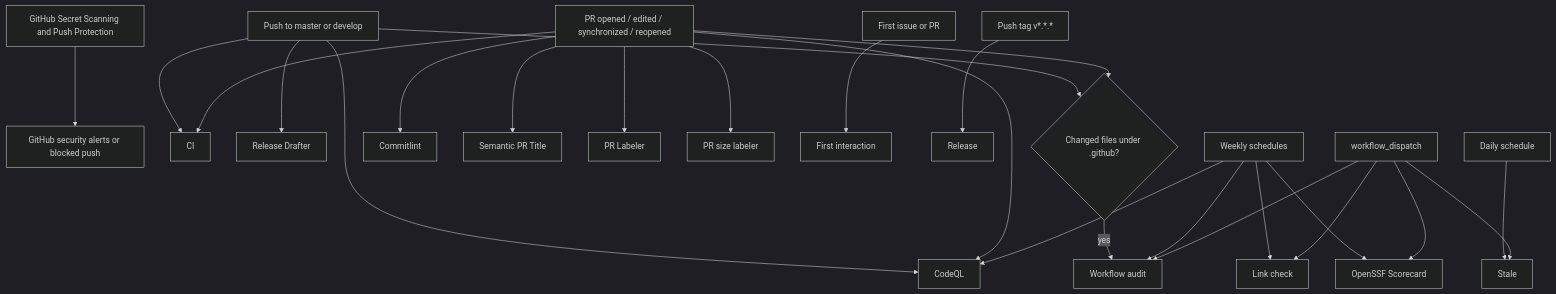
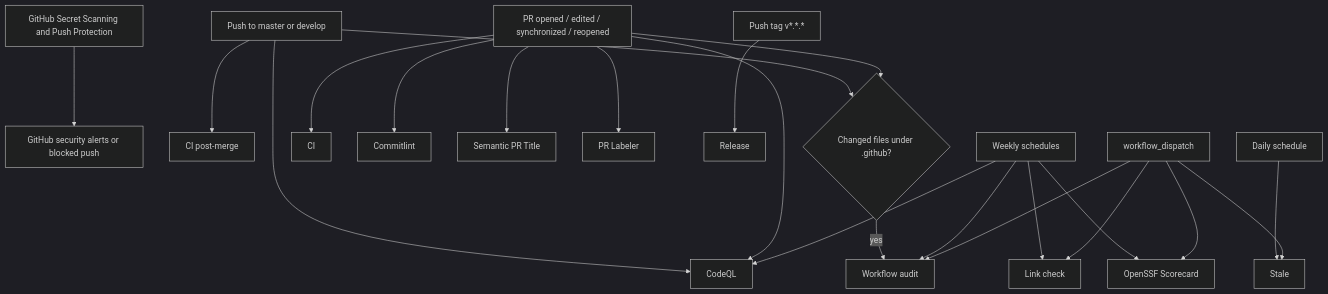
The first of 5 diagrams in WORKFLOWS.md (jooservices/dto), drawn with Mermaid (dark theme) before and after one commit. The commit also changed other lines of this file and 6 other files, not shown here.

````diff
--- a/WORKFLOWS.md
+++ b/WORKFLOWS.md
@@ -10,34 +10,30 @@
 ```mermaid
 flowchart TD
     native[GitHub Secret Scanning and Push Protection] --> Alerts[GitHub security alerts or blocked push]
 
-    push[Push to master or develop] --> CI[CI]
+    push[Push to master or develop] --> PostMerge[CI post-merge]
     push --> CodeQL[CodeQL]
-    push --> Drafter[Release Drafter]
     push --> Audit{Changed files under .github?}
     Audit -->|yes| WorkflowAudit[Workflow audit]
 
-    pr[PR opened / edited / synchronized / reopened] --> CI
+    pr[PR opened / edited / synchronized / reopened] --> CI[CI]
     pr --> CodeQL
     pr --> Commitlint[Commitlint]
     pr --> Semantic[Semantic PR Title]
     pr --> PathLabel[PR Labeler]
-    pr --> SizeLabel[PR size labeler]
     pr --> Audit
-
-    first[First issue or PR] --> Welcome[First interaction]
 
     tag[Push tag v*.*.*] --> Release[Release]
 
     weekly[Weekly schedules] --> CodeQL
     weekly --> LinkCheck[Link check]
     weekly --> Scorecard[OpenSSF Scorecard]
     weekly --> WorkflowAudit
 
     daily[Daily schedule] --> Stale[Stale]
 
     manual[workflow_dispatch] --> LinkCheck
     manual --> Scorecard
     manual --> Stale
     manual --> WorkflowAudit
 ```
````
